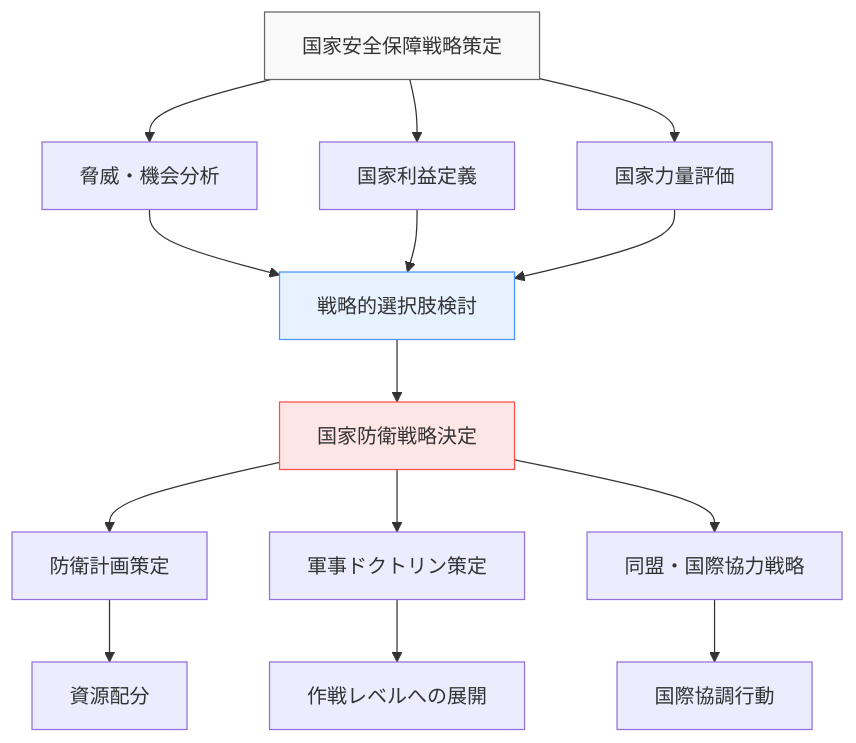
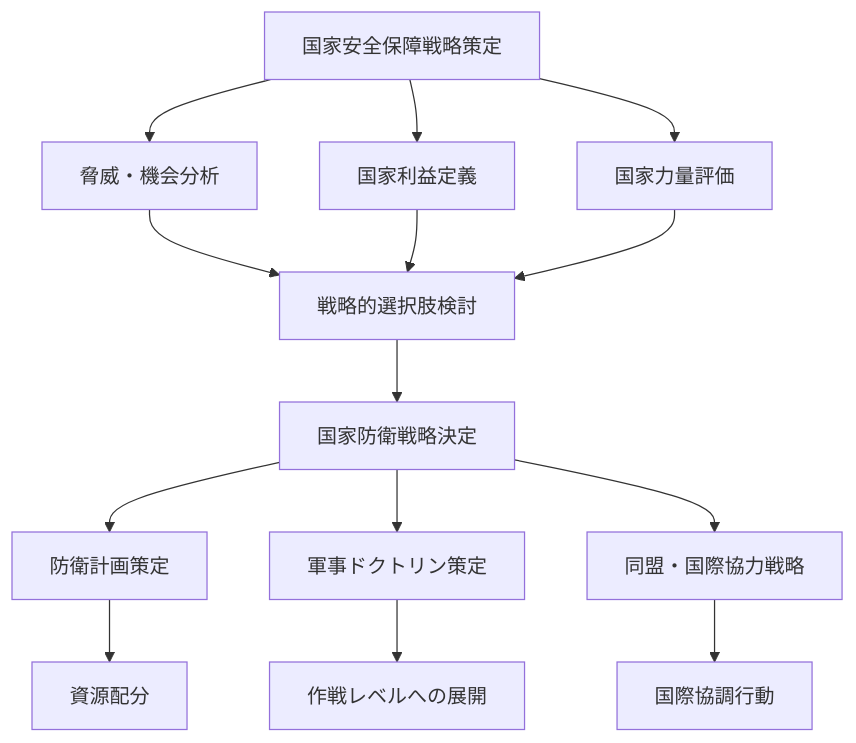
Before and after one commit to shuji-bonji/Situational-Awareness-and-Decision-Making: the fourth of 10 diagrams in docs/applications/military-dm.md, drawn with Mermaid. The commit also changed other lines of this file and 49 other files, not shown here.

Commit message:
fix: ダークモードで見づらい図の色の変更

````diff
--- a/docs/applications/military-dm.md
+++ b/docs/applications/military-dm.md
@@ -166,23 +166,23 @@
     ```mermaid
     graph TD
         A[国家安全保障戦略策定] --> B[脅威・機会分析]
         A --> C[国家利益定義]
         A --> D[国家力量評価]
         
         B --> E[戦略的選択肢検討]
         C --> E
         D --> E
         
         E --> F[国家防衛戦略決定]
         F --> G[防衛計画策定]
         F --> H[軍事ドクトリン策定]
         F --> I[同盟・国際協力戦略]
         
         G --> J[資源配分]
         H --> K[作戦レベルへの展開]
         I --> L[国際協調行動]
         
-        style A fill:#f9f9f9,stroke:#666
-        style E fill:#e6f2ff,stroke:#4d94ff
-        style F fill:#ffe6e6,stroke:#ff4d4d
+    
+    
+    
     ```
````
